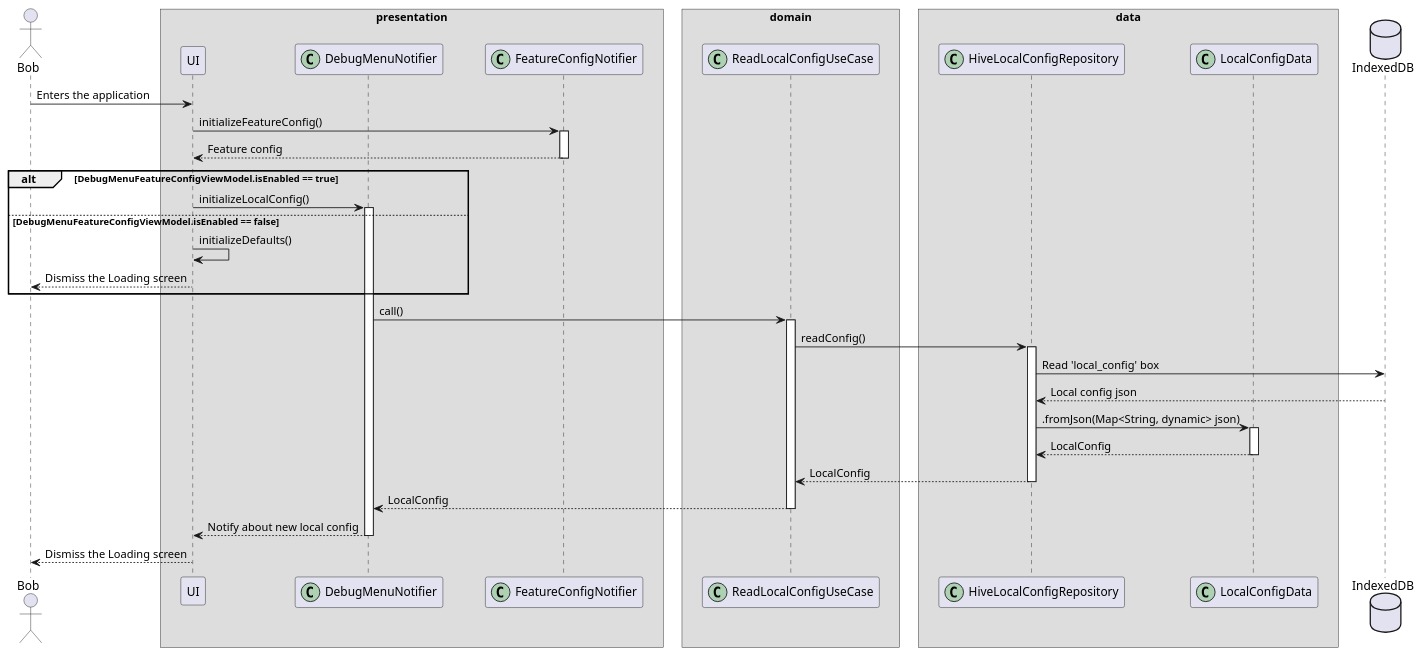
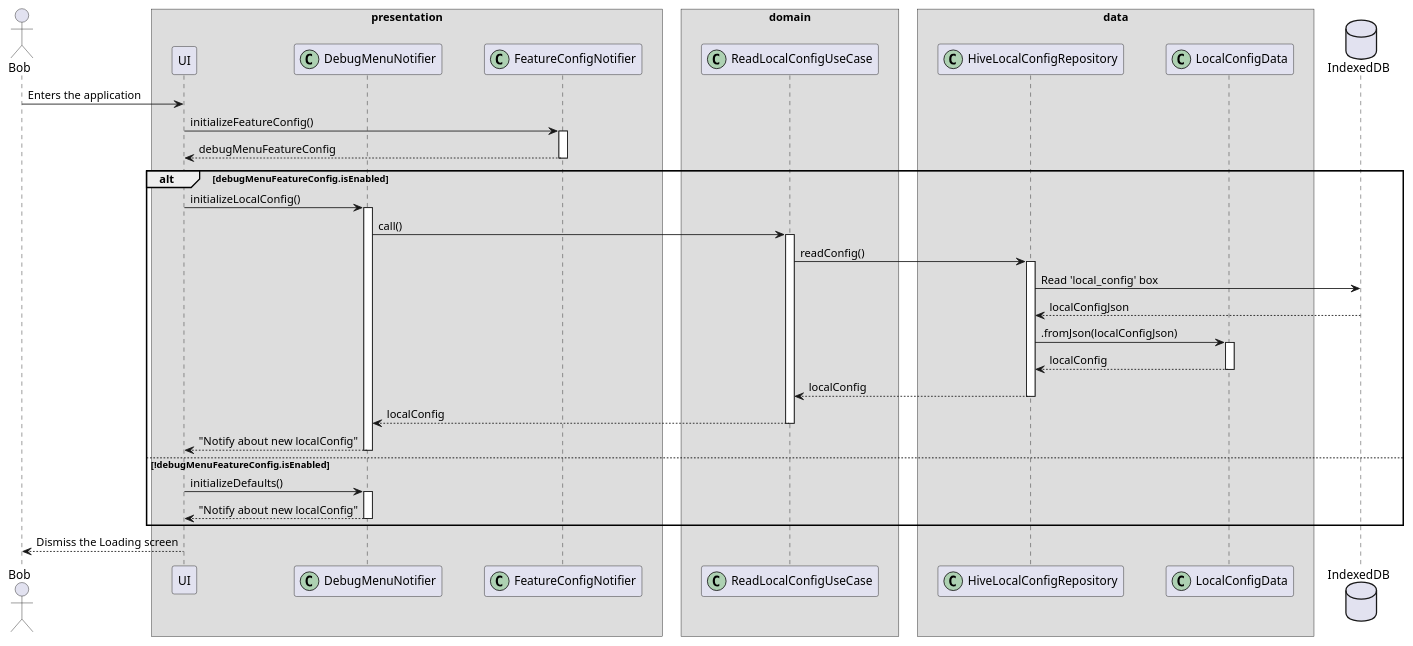
The diagram in metrics/web/docs/features/debug_menu/diagrams/debug_menu_read_config_sequence_diagram.puml (Flank/flank-dashboard), drawn with PlantUML before and after one commit. The commit also changed 5 other files, not shown here.

Commit message:
Update diagrams and documentation

```diff
--- a/metrics/web/docs/features/debug_menu/diagrams/debug_menu_read_config_sequence_diagram.puml
+++ b/metrics/web/docs/features/debug_menu/diagrams/debug_menu_read_config_sequence_diagram.puml
@@ -1,67 +1,60 @@
 @startuml debug_menu_read_config_sequence_diagram
 
 skinparam ParticipantPadding 20
 skinparam BoxPadding 10
 
 actor Bob
 
 box "presentation"
     participant UI
     participant DebugMenuNotifier << (C,#ADD1B2) >>
     participant FeatureConfigNotifier << (C,#ADD1B2) >>
 end box
 
 box "domain"
     participant ReadLocalConfigUseCase << (C,#ADD1B2) >>
 end box
 
 box "data"
     participant HiveLocalConfigRepository << (C,#ADD1B2) >>
     participant LocalConfigData << (C,#ADD1B2) >>
 end box
 
 database "IndexedDB" as DB
 
 Bob -> UI : Enters the application
 UI -> FeatureConfigNotifier : initializeFeatureConfig()
 activate FeatureConfigNotifier
 
-FeatureConfigNotifier --> UI : Feature config
+FeatureConfigNotifier --> UI : debugMenuFeatureConfig
 deactivate FeatureConfigNotifier
 
-alt DebugMenuFeatureConfigViewModel.isEnabled == true
+alt debugMenuFeatureConfig.isEnabled
     UI -> DebugMenuNotifier : initializeLocalConfig()
     activate DebugMenuNotifier
-else DebugMenuFeatureConfigViewModel.isEnabled == false
-    UI -> UI : initializeDefaults()
-    UI --> Bob : Dismiss the Loading screen
+    DebugMenuNotifier -> ReadLocalConfigUseCase : call()
+    activate ReadLocalConfigUseCase
+
+    ReadLocalConfigUseCase -> HiveLocalConfigRepository : readConfig()
+    activate HiveLocalConfigRepository
+
+    HiveLocalConfigRepository -> DB : Read 'local_config' box
+    DB --> HiveLocalConfigRepository : localConfigJson
+
+    HiveLocalConfigRepository -> LocalConfigData : .fromJson(localConfigJson)
+    activate LocalConfigData
+
+    return localConfig
+    return localConfig
+    return localConfig
+    return "Notify about new localConfig"
+
+else !debugMenuFeatureConfig.isEnabled
+    UI -> DebugMenuNotifier : initializeDefaults()
+    activate DebugMenuNotifier
+    return "Notify about new localConfig"
 end
-
-DebugMenuNotifier -> ReadLocalConfigUseCase : call()
-activate ReadLocalConfigUseCase
-
-ReadLocalConfigUseCase -> HiveLocalConfigRepository : readConfig()
-activate HiveLocalConfigRepository
-
-HiveLocalConfigRepository -> DB : Read 'local_config' box
-
-DB --> HiveLocalConfigRepository : Local config json
-
-HiveLocalConfigRepository -> LocalConfigData : .fromJson(Map<String, dynamic> json)
-activate LocalConfigData
-
-LocalConfigData --> HiveLocalConfigRepository : LocalConfig
-deactivate LocalConfigData
-
-HiveLocalConfigRepository --> ReadLocalConfigUseCase : LocalConfig
-deactivate HiveLocalConfigRepository
-
-ReadLocalConfigUseCase --> DebugMenuNotifier : LocalConfig
-deactivate ReadLocalConfigUseCase
-
-DebugMenuNotifier --> UI : Notify about new local config
-deactivate DebugMenuNotifier
 
 UI --> Bob : Dismiss the Loading screen
 
 @enduml
```
